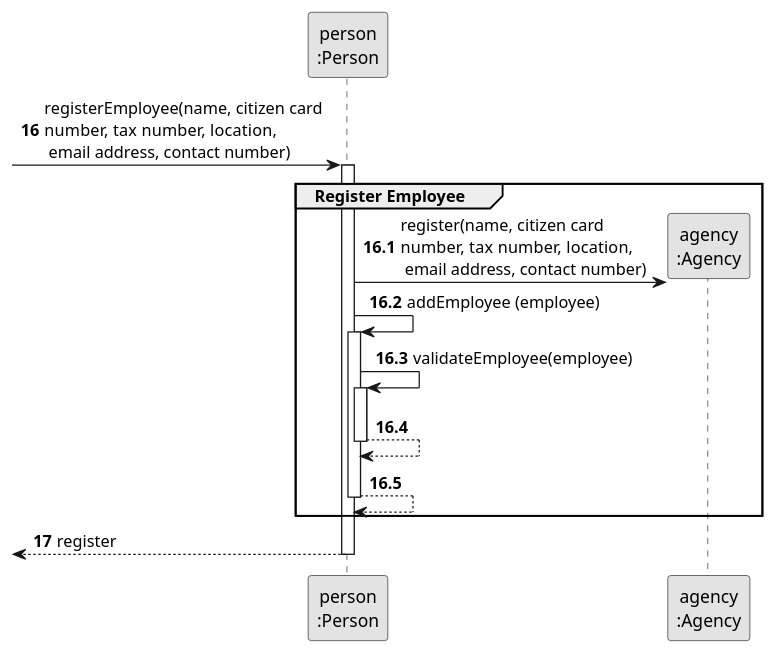
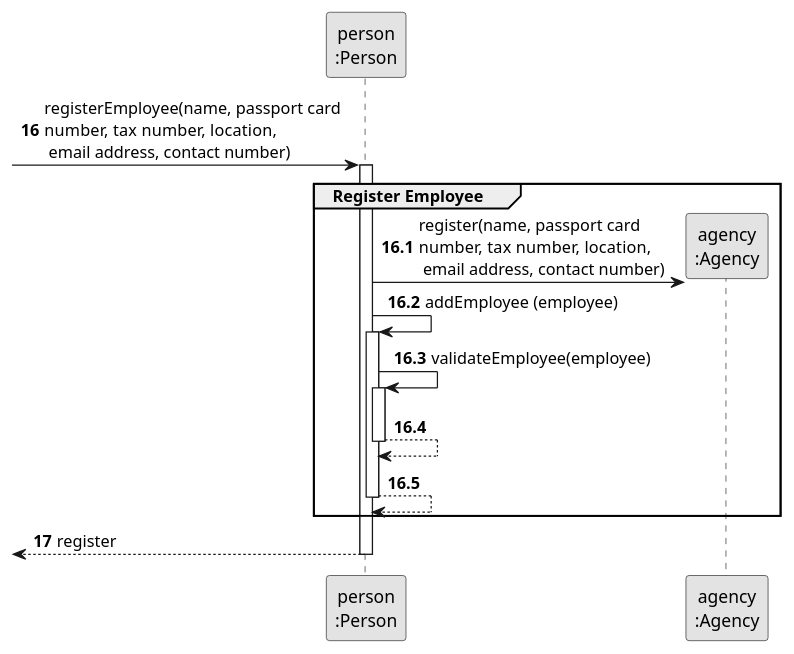
Before and after one commit to rita-barbosa/LAPR2-2223: the diagram in docs/sprintB/us003/03.design/puml/us003-sequence-diagram-partial-register-employee.puml, drawn with PlantUML. The commit also changed 1 other file, not shown here.

```diff
--- a/docs/sprintB/us003/03.design/puml/us003-sequence-diagram-partial-register-employee.puml
+++ b/docs/sprintB/us003/03.design/puml/us003-sequence-diagram-partial-register-employee.puml
@@ -1,34 +1,34 @@
 @startuml
 skinparam monochrome true
 skinparam packageStyle rectangle
 skinparam shadowing false
 
 participant "person\n:Person" as PERSON
 participant "agency\n:Agency" as AGENCY
 
 autonumber 16
--> PERSON: registerEmployee(name, citizen card \nnumber, tax number, location,\n email address, contact number)
+-> PERSON: registerEmployee(name, passport card \nnumber, tax number, location,\n email address, contact number)
 
 autonumber 16.1
 activate PERSON
     group Register Employee
 
-        PERSON -> AGENCY**: register(name, citizen card \nnumber, tax number, location,\n email address, contact number)
+        PERSON -> AGENCY**: register(name, passport card \nnumber, tax number, location,\n email address, contact number)
         PERSON -> PERSON: addEmployee (employee)
 
         activate PERSON
             PERSON -> PERSON: validateEmployee(employee)
             activate PERSON
                 PERSON --> PERSON
             deactivate PERSON
 
             PERSON --> PERSON
         deactivate PERSON
     end
 
     autonumber 17
     <-- PERSON : register
 deactivate PERSON
 
 
 @enduml
```
